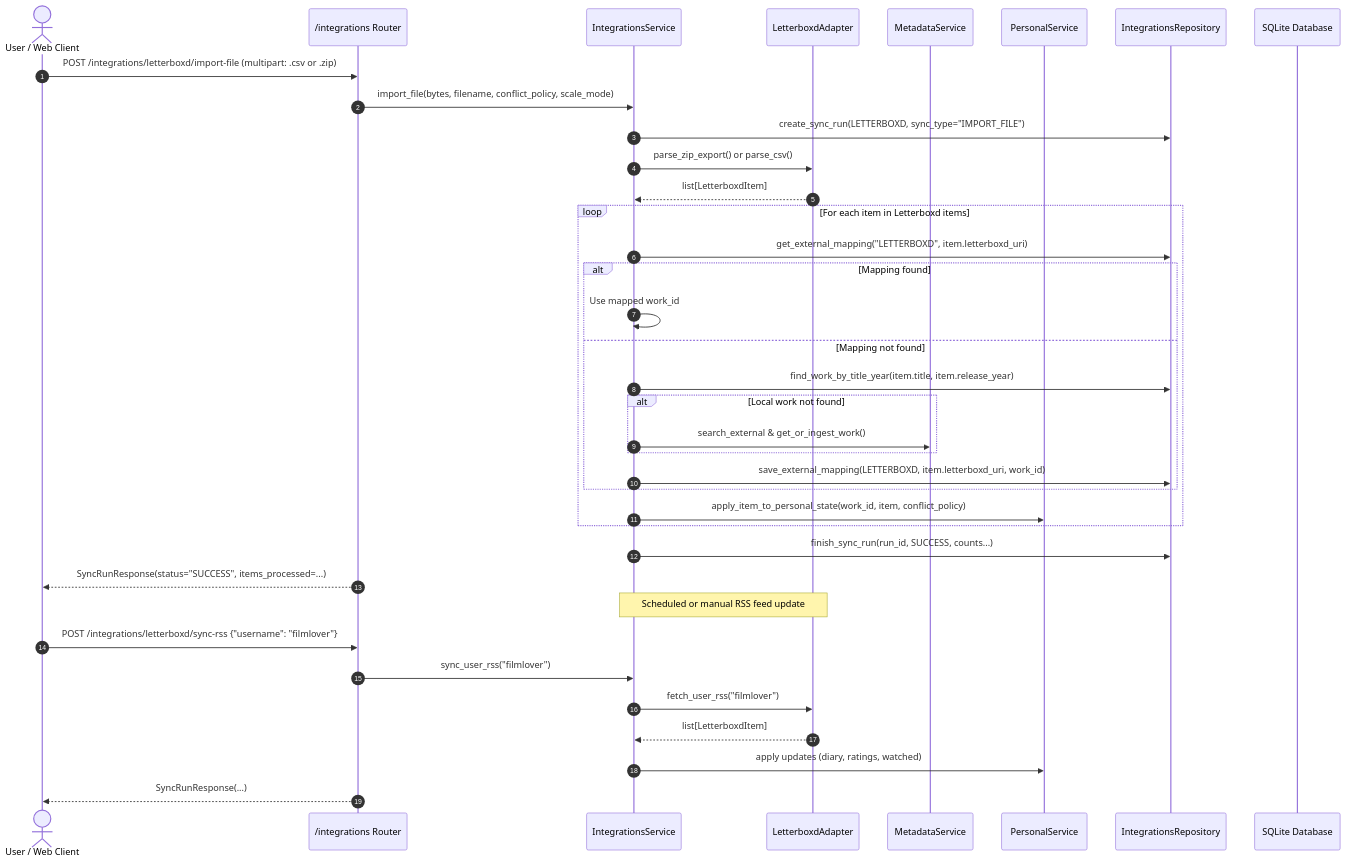
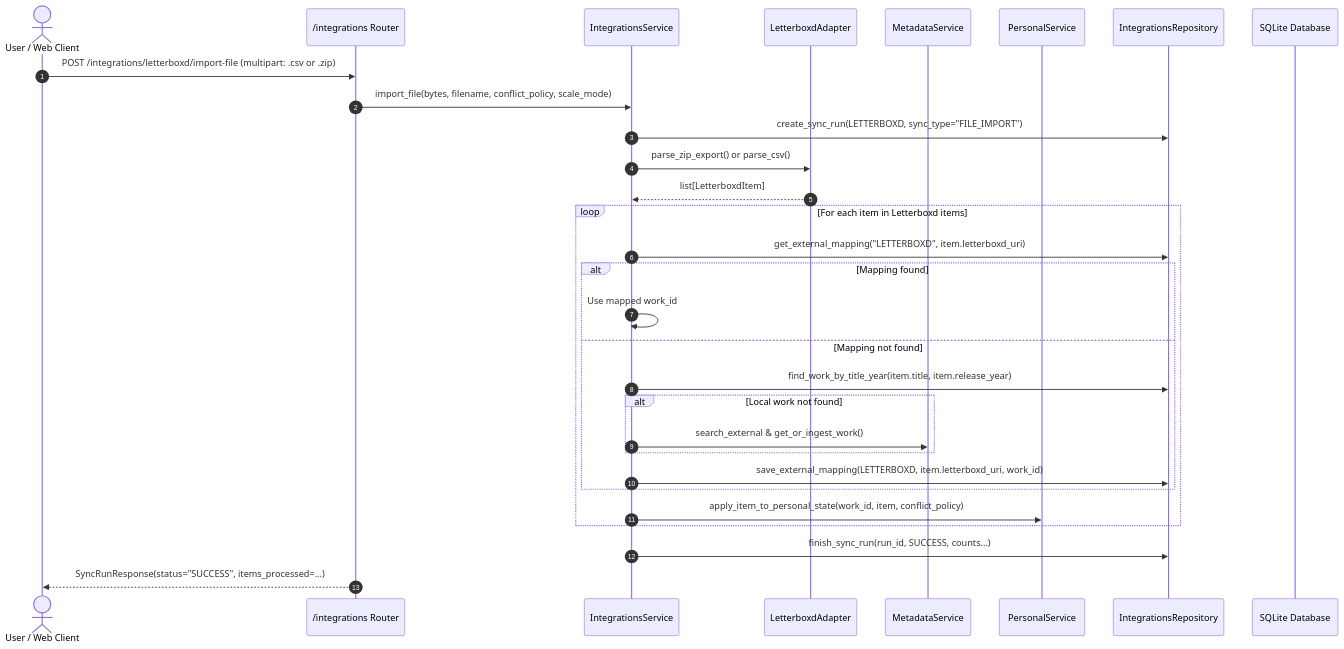
Before and after one commit to mjavadhm/CinemaShelf: the diagram in docs/progress/phase-5-plan.md, drawn with Mermaid. The commit also changed other lines of this file, not shown here.

````diff
--- a/docs/progress/phase-5-plan.md
+++ b/docs/progress/phase-5-plan.md
@@ -53,45 +54,36 @@
 ```mermaid
 sequenceDiagram
     autonumber
     actor User as User / Web Client
     participant Router as /integrations Router
     participant Service as IntegrationsService
     participant Adapter as LetterboxdAdapter
     participant MetaService as MetadataService
     participant PersService as PersonalService
     participant Repo as IntegrationsRepository
     participant DB as SQLite Database
 
     %% CSV / ZIP Import Flow
     User->>Router: POST /integrations/letterboxd/import-file (multipart: .csv or .zip)
     Router->>Service: import_file(bytes, filename, conflict_policy, scale_mode)
-    Service->>Repo: create_sync_run(LETTERBOXD, sync_type="IMPORT_FILE")
+    Service->>Repo: create_sync_run(LETTERBOXD, sync_type="FILE_IMPORT")
     Service->>Adapter: parse_zip_export() or parse_csv()
     Adapter-->>Service: list[LetterboxdItem]
 
     loop For each item in Letterboxd items
         Service->>Repo: get_external_mapping("LETTERBOXD", item.letterboxd_uri)
         alt Mapping found
             Service->>Service: Use mapped work_id
         else Mapping not found
             Service->>Repo: find_work_by_title_year(item.title, item.release_year)
             alt Local work not found
                 Service->>MetaService: search_external & get_or_ingest_work()
             end
             Service->>Repo: save_external_mapping(LETTERBOXD, item.letterboxd_uri, work_id)
         end
         Service->>PersService: apply_item_to_personal_state(work_id, item, conflict_policy)
     end
 
     Service->>Repo: finish_sync_run(run_id, SUCCESS, counts...)
     Router-->>User: SyncRunResponse(status="SUCCESS", items_processed=...)
-
-    %% Background RSS Sync
-    Note over Service,Adapter: Scheduled or manual RSS feed update
-    User->>Router: POST /integrations/letterboxd/sync-rss {"username": "filmlover"}
-    Router->>Service: sync_user_rss("filmlover")
-    Service->>Adapter: fetch_user_rss("filmlover")
-    Adapter-->>Service: list[LetterboxdItem]
-    Service->>PersService: apply updates (diary, ratings, watched)
-    Router-->>User: SyncRunResponse(...)
 ```
````
